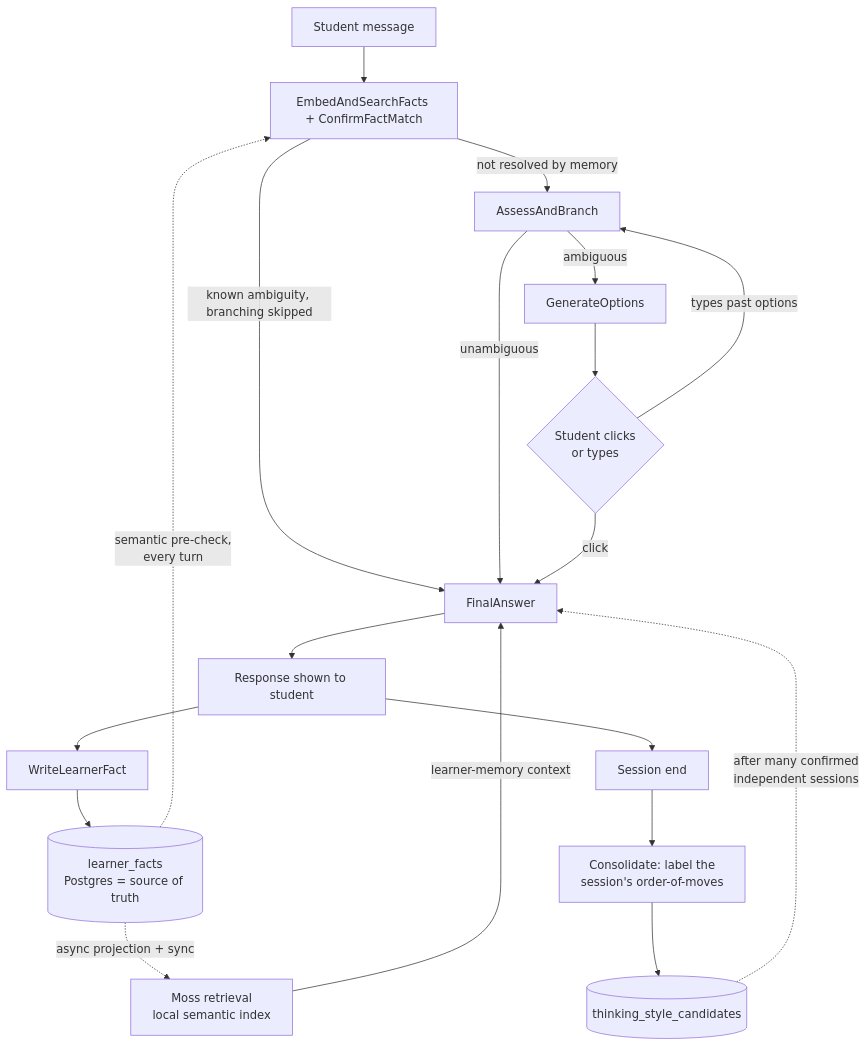
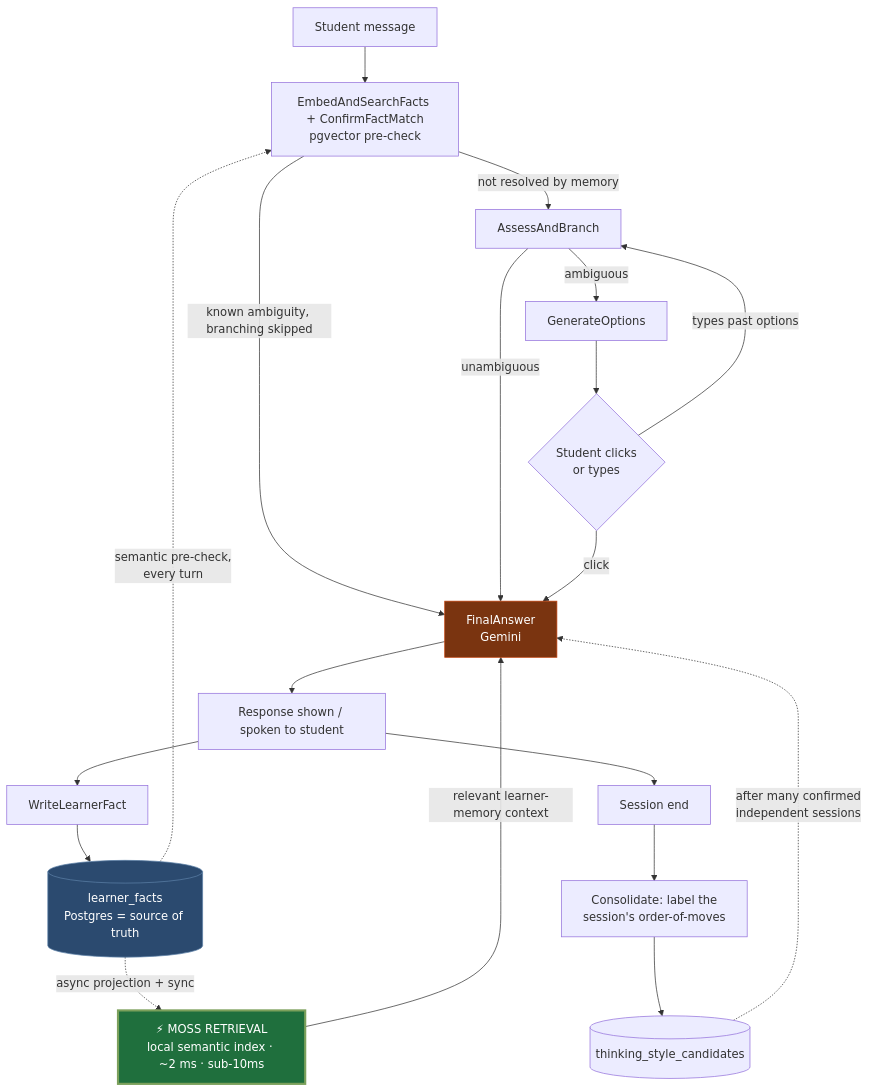
Before and after one commit to adithyas56/versa: the diagram in README.md, drawn with Mermaid. The commit also changed other lines of this file, not shown here.

````diff
--- a/README.md
+++ b/README.md
@@ -50,21 +50,25 @@
 ```mermaid
 flowchart TD
-    A[Student message] --> M[EmbedAndSearchFacts + ConfirmFactMatch]
-    M -->|known ambiguity, branching skipped| E[FinalAnswer]
+    A[Student message] --> M[EmbedAndSearchFacts + ConfirmFactMatch<br/>pgvector pre-check]
+    M -->|known ambiguity, branching skipped| E[FinalAnswer<br/>Gemini]
     M -->|not resolved by memory| B[AssessAndBranch]
     B -->|unambiguous| E
     B -->|ambiguous| C[GenerateOptions]
     C --> D{Student clicks<br/>or types}
     D -->|click| E
     D -->|types past options| B
-    R[Moss retrieval<br/>local semantic index] -->|learner-memory context| E
-    E --> F[Response shown to student]
+    R[⚡ MOSS RETRIEVAL<br/>local semantic index · ~2 ms · sub-10ms]
+    R -->|relevant learner-memory context| E
+    E --> F[Response shown / spoken to student]
     F --> G[WriteLearnerFact]
     G --> H[(learner_facts<br/>Postgres = source of truth)]
     H -.->|semantic pre-check,<br/>every turn| M
     H -.->|async projection + sync| R
     F --> I[Session end]
     I --> J[Consolidate: label the<br/>session's order-of-moves]
     J --> K[(thinking_style_candidates)]
     K -.->|after many confirmed<br/>independent sessions| E
+    style R fill:#1f6f3d,stroke:#7ba05b,stroke-width:3px,color:#ffffff
+    style E fill:#7a3410,stroke:#c2410c,color:#ffffff
+    style H fill:#2b4a6f,stroke:#5b7fa6,color:#ffffff
 ```
````
